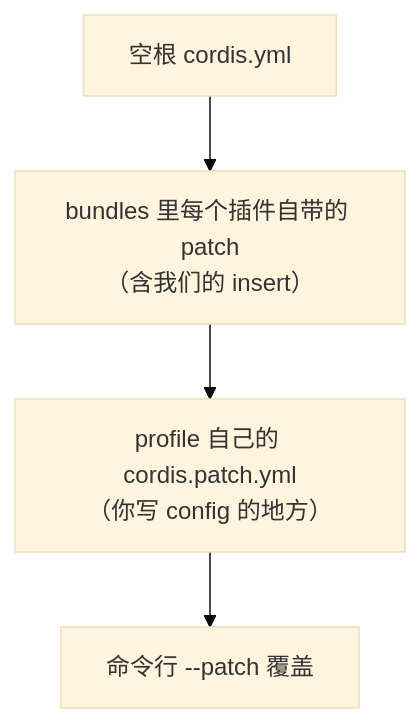
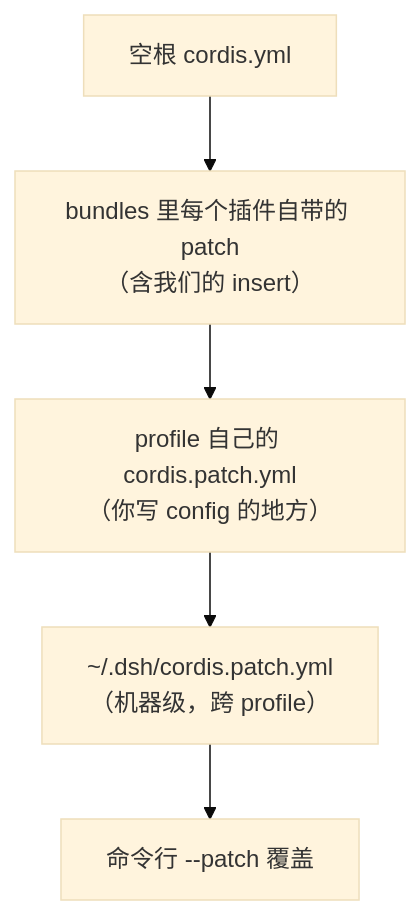
Before and after one commit to anthonyzhao-4926/blog: the diagram in dsh 插件开发学习/06-用 Config schema 声明插件配置.md, drawn with Mermaid (base theme). The commit also changed other lines of this file and 28 other files, not shown here.

````diff
--- a/dsh 插件开发学习/06-用 Config schema 声明插件配置.md
+++ b/dsh 插件开发学习/06-用 Config schema 声明插件配置.md
@@ -211,6 +212,7 @@
 ```mermaid
 flowchart TD
     A["空根 cordis.yml"] --> B["bundles 里每个插件自带的 patch<br/>（含我们的 insert）"]
     B --> C["profile 自己的 cordis.patch.yml<br/>（你写 config 的地方）"]
-    C --> D["命令行 --patch 覆盖"]
+    C --> D["~/.dsh/cordis.patch.yml<br/>（机器级，跨 profile）"]
+    D --> E["命令行 --patch 覆盖"]
 ```
````
